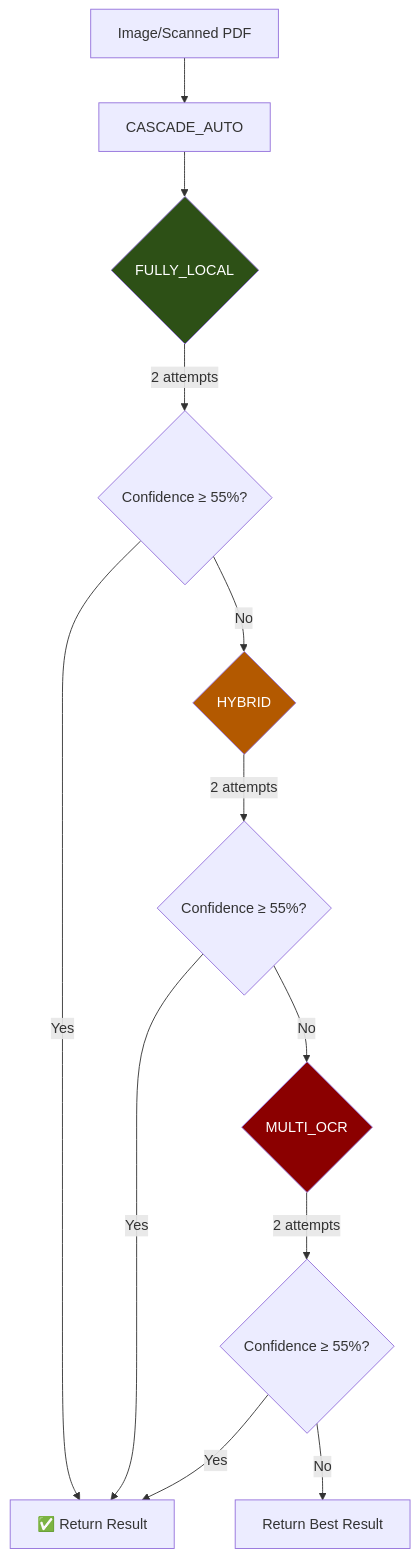
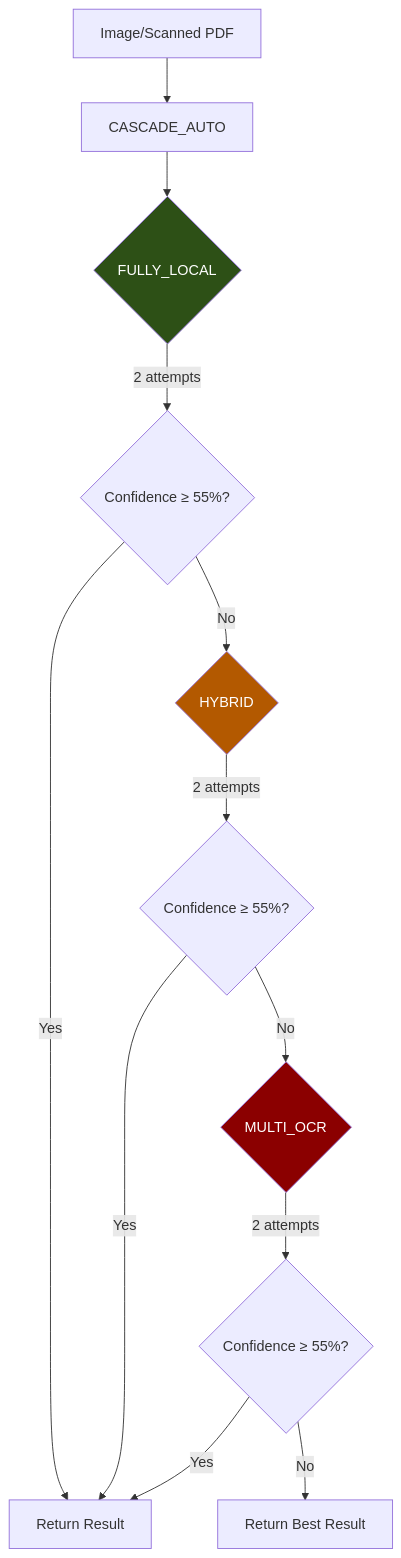
Before and after one commit to manumishra-zm/execution_plan: the second of 22 diagrams in ocr_plan/upload_ocr.md, drawn with Mermaid. The commit also changed other lines of this file and 3 other files, not shown here.

````diff
--- a/ocr_plan/upload_ocr.md
+++ b/ocr_plan/upload_ocr.md
@@ -152,22 +152,22 @@
 ```mermaid
 flowchart TD
     A[Image/Scanned PDF] --> B[CASCADE_AUTO]
 
     B --> C{FULLY_LOCAL}
     C -->|2 attempts| D{Confidence ≥ 55%?}
 
-    D -->|Yes| E[✅ Return Result]
+    D -->|Yes| E[Return Result]
     D -->|No| F{HYBRID}
 
     F -->|2 attempts| G{Confidence ≥ 55%?}
     G -->|Yes| E
     G -->|No| H{MULTI_OCR}
 
     H -->|2 attempts| I{Confidence ≥ 55%?}
     I -->|Yes| E
     I -->|No| J[Return Best Result]
 
     style C fill:#2D5016,color:#fff
     style F fill:#B35900,color:#fff
     style H fill:#8B0000,color:#fff
 ```
````
